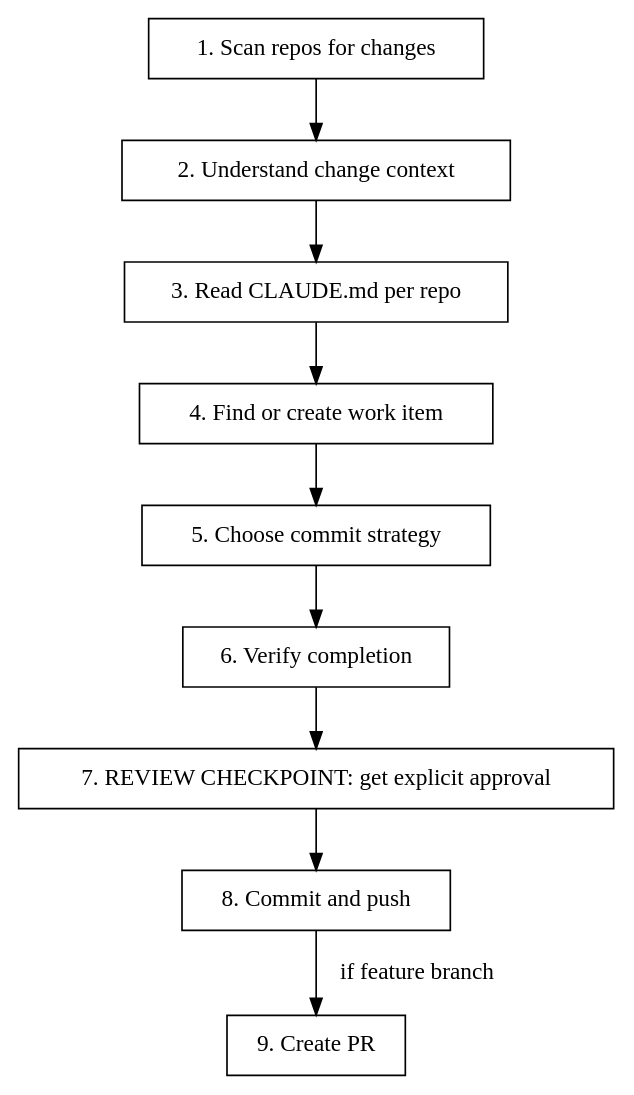
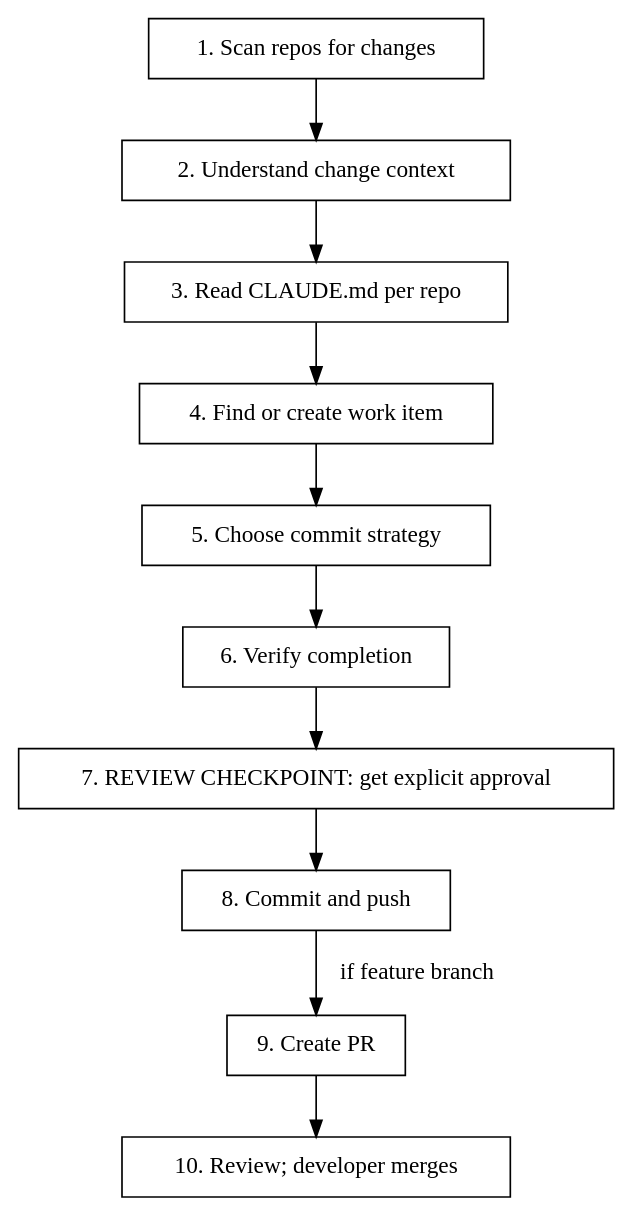
Before and after one commit to meshmakers/octo-claude-skills: the diagram in skills/octo-commit/SKILL.md, drawn with Graphviz. The commit also changed other lines of this file and 4 other files, not shown here.

````diff
--- a/skills/octo-commit/SKILL.md
+++ b/skills/octo-commit/SKILL.md
@@ -81,19 +81,21 @@
 ```dot
 digraph commit_flow {
     rankdir=TB;
     node [shape=box];
 
     scan [label="1. Scan repos for changes"];
     context [label="2. Understand change context"];
     claudemd [label="3. Read CLAUDE.md per repo"];
     workitem [label="4. Find or create work item"];
     strategy [label="5. Choose commit strategy"];
     verify [label="6. Verify completion"];
     approve [label="7. REVIEW CHECKPOINT: get explicit approval"];
     execute [label="8. Commit and push"];
     pr [label="9. Create PR"];
+    review [label="10. Review; developer merges"];
 
     scan -> context -> claudemd -> workitem -> strategy -> verify -> approve -> execute;
     execute -> pr [label="if feature branch"];
+    pr -> review;
 }
 ```
````
